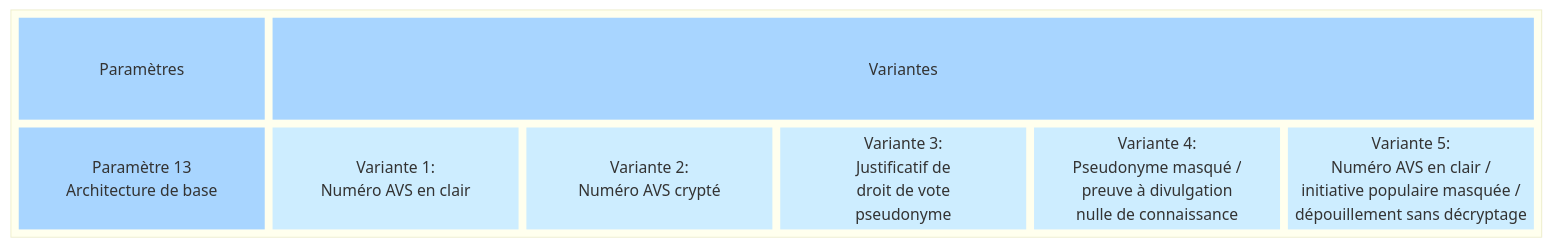
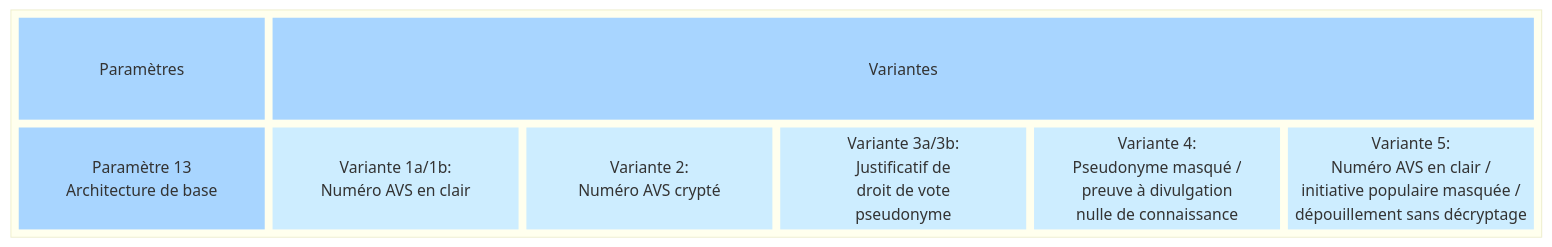
The first of 2 diagrams in docs/morphological-box/parameter-13.md (swiss/e-collecting), drawn with Mermaid before and after one commit. The commit also changed other lines of this file, not shown here.

````diff
--- a/docs/morphological-box/parameter-13.md
+++ b/docs/morphological-box/parameter-13.md
@@ -17,34 +23,34 @@
 ```mermaid
 block
   block
     columns 6
     t1["Paramètres"]
     t2["Variantes"]:5
     d["Paramètre 13
     Architecture de base"]
-    a1["Variante 1:
+    a1["Variante 1a/1b:
     Numéro AVS en clair"]
     a2["Variante 2:
     Numéro AVS crypté"]
-    a3["Variante 3:
+    a3["Variante 3a/3b:
     Justificatif de
     droit de vote
     pseudonyme"]
     a4["Variante 4:
     Pseudonyme masqué /
     preuve à divulgation
     nulle de connaissance"]
     a5["Variante 5:
     Numéro AVS en clair /
     initiative populaire masquée /
     dépouillement sans décryptage"]
     style t1 fill:#a8d5ff,stroke-width:0px
     style t2 fill:#a8d5ff,stroke-width:0px
     style d fill:#a8d5ff,stroke-width:0px,text-valign:top
     style a1 fill:#cdedff,stroke-width:0px
     style a2 fill:#cdedff,stroke-width:0px
     style a3 fill:#cdedff,stroke-width:0px
     style a4 fill:#cdedff,stroke-width:0px
     style a5 fill:#cdedff,stroke-width:0px
   end
 ```
````
